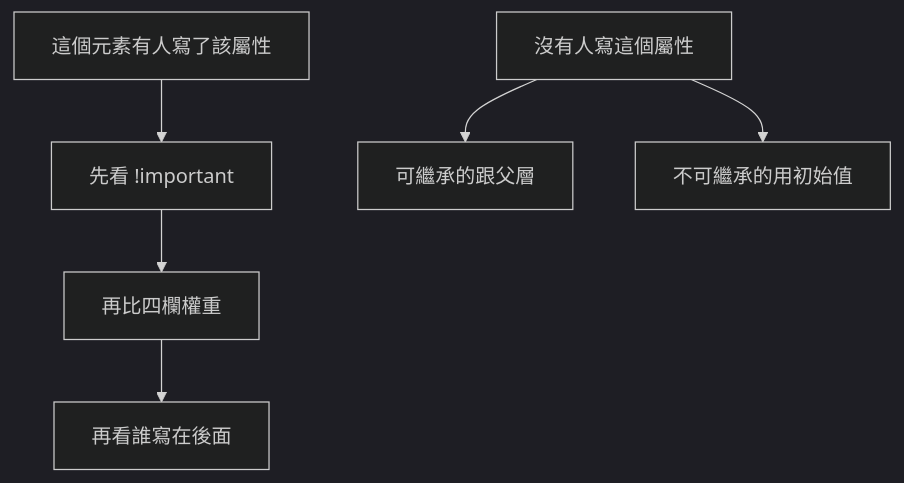
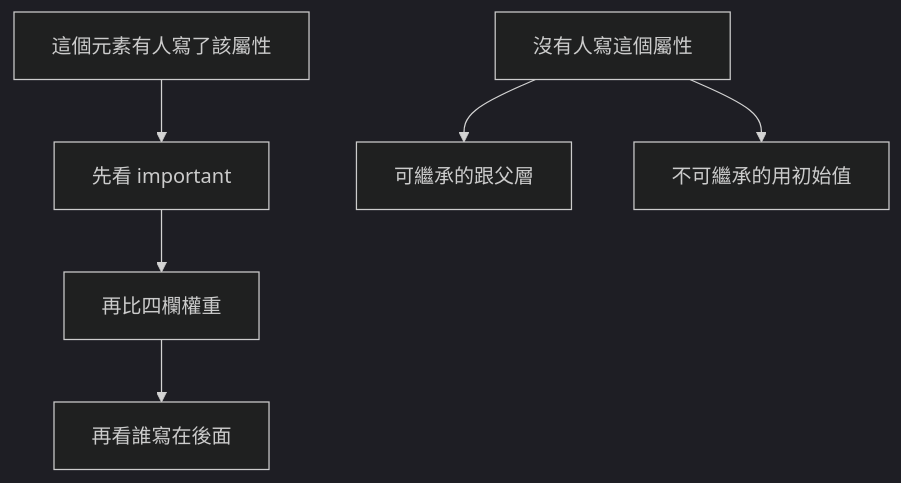
Before and after one commit to summer10920/summer10920.github.io: the second of 3 diagrams in source/_posts/lokiTech-15day-03-css.md, drawn with Mermaid (dark theme). The commit also changed other lines of this file and 2 other files, not shown here.

```diff
--- a/source/_posts/lokiTech-15day-03-css.md
+++ b/source/_posts/lokiTech-15day-03-css.md
@@ -529,7 +819,7 @@
 {% mermaid graph TD %}
-hit["這個元素有人寫了該屬性"] --> imp["先看 !important"]
+hit["這個元素有人寫了該屬性"] --> imp["先看 important"]
 imp --> spec["再比四欄權重"]
 spec --> order["再看誰寫在後面"]
 miss["沒有人寫這個屬性"] --> inh["可繼承的跟父層"]
 miss --> init["不可繼承的用初始值"]
 {% endmermaid %}
```
